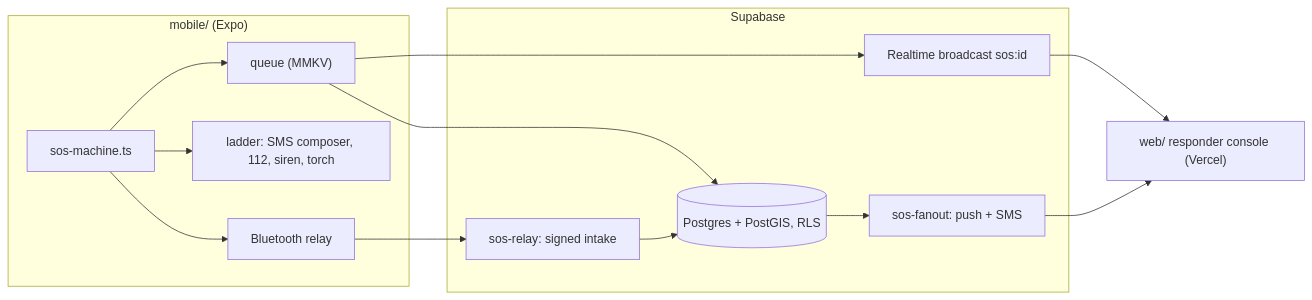
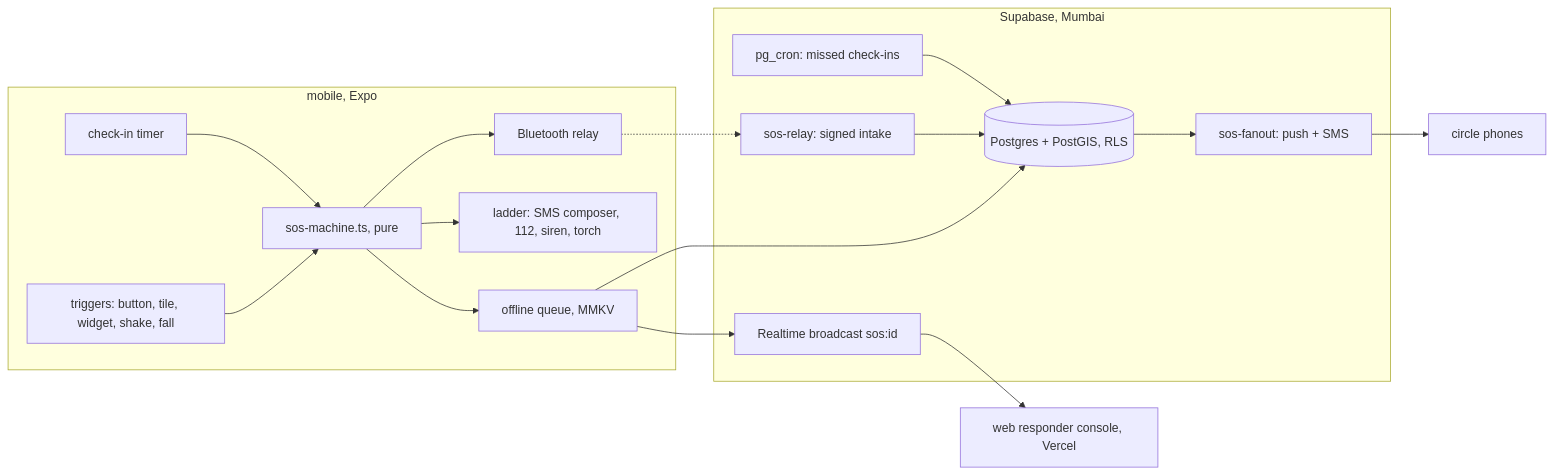
The second of 2 diagrams in README.md (kandulanikhilvarma/to-du), drawn with Mermaid before and after one commit. The commit also changed other lines of this file and 9 other files, not shown here.

````diff
--- a/README.md
+++ b/README.md
@@ -27,21 +100,25 @@
 ```mermaid
 flowchart LR
-    subgraph Phone["mobile/ (Expo)"]
-      SM["sos-machine.ts"] --> Q["queue (MMKV)"]
+    subgraph Phone["mobile, Expo"]
+      T["triggers: button, tile, widget, shake, fall"] --> SM["sos-machine.ts, pure"]
+      SM --> Q["offline queue, MMKV"]
       SM --> L["ladder: SMS composer, 112, siren, torch"]
       SM --> R["Bluetooth relay"]
+      CI["check-in timer"] --> SM
     end
-    subgraph Supabase
+    subgraph Supabase["Supabase, Mumbai"]
       DB[("Postgres + PostGIS, RLS")]
       RT["Realtime broadcast sos:id"]
       FO["sos-fanout: push + SMS"]
       RL["sos-relay: signed intake"]
+      CR["pg_cron: missed check-ins"]
     end
     Q --> DB
     Q --> RT
-    R --> RL
+    R -.-> RL
     RL --> DB
     DB --> FO
-    RT --> C["web/ responder console (Vercel)"]
-    FO --> C
+    CR --> DB
+    RT --> C["web responder console, Vercel"]
+    FO --> P["circle phones"]
 ```
````
